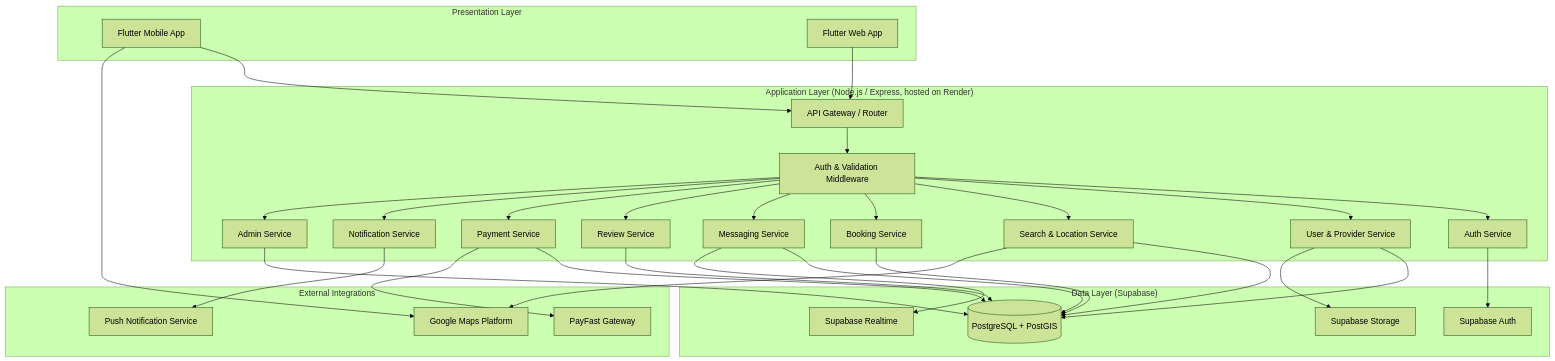
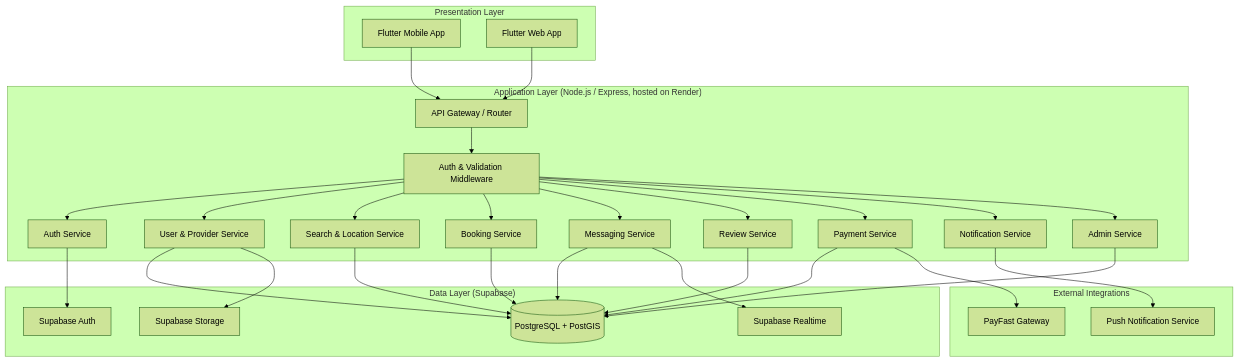
Before and after one commit to Katlegomalema/connectlocal: the diagram in docs/architecture/System-Architecture.md, drawn with Mermaid (forest theme). The commit also changed other lines of this file and 378 other files, not shown here.

````diff
--- a/docs/architecture/System-Architecture.md
+++ b/docs/architecture/System-Architecture.md
@@ -22,51 +22,48 @@
 ```mermaid
 flowchart TB
     subgraph Client["Presentation Layer"]
         FLM[Flutter Mobile App]
         FLW[Flutter Web App]
     end
 
     subgraph API["Application Layer (Node.js / Express, hosted on Render)"]
         GW[API Gateway / Router]
         MW[Auth & Validation Middleware]
         AuthSvc[Auth Service]
         UserSvc[User & Provider Service]
         SearchSvc[Search & Location Service]
         BookingSvc[Booking Service]
         MsgSvc[Messaging Service]
         RevSvc[Review Service]
         PaySvc[Payment Service]
         NotifSvc[Notification Service]
         AdminSvc[Admin Service]
     end
 
     subgraph Data["Data Layer (Supabase)"]
         PG[(PostgreSQL + PostGIS)]
         SBAuth[Supabase Auth]
         SBStorage[Supabase Storage]
         Realtime[Supabase Realtime]
     end
 
     subgraph Ext["External Integrations"]
-        GMaps[Google Maps Platform]
         PayFast[PayFast Gateway]
         FCM[Push Notification Service]
     end
 
     FLM & FLW --> GW
     GW --> MW --> AuthSvc & UserSvc & SearchSvc & BookingSvc & MsgSvc & RevSvc & PaySvc & NotifSvc & AdminSvc
     AuthSvc --> SBAuth
     UserSvc --> PG
     UserSvc --> SBStorage
     SearchSvc --> PG
-    SearchSvc --> GMaps
     BookingSvc --> PG
     MsgSvc --> PG
     MsgSvc --> Realtime
     RevSvc --> PG
     PaySvc --> PG
     PaySvc --> PayFast
     NotifSvc --> FCM
     AdminSvc --> PG
-    FLM --> GMaps
 ```
````
